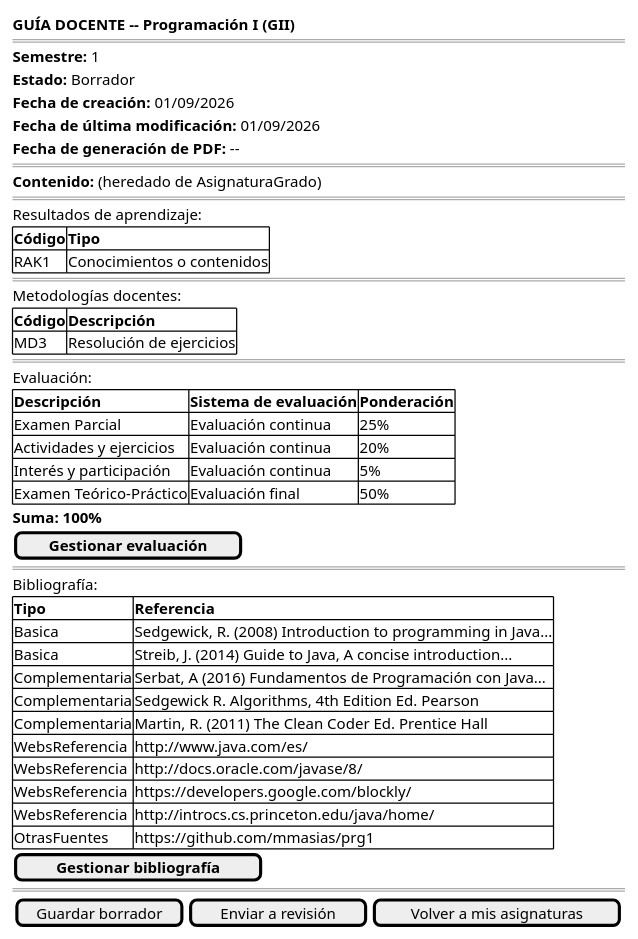
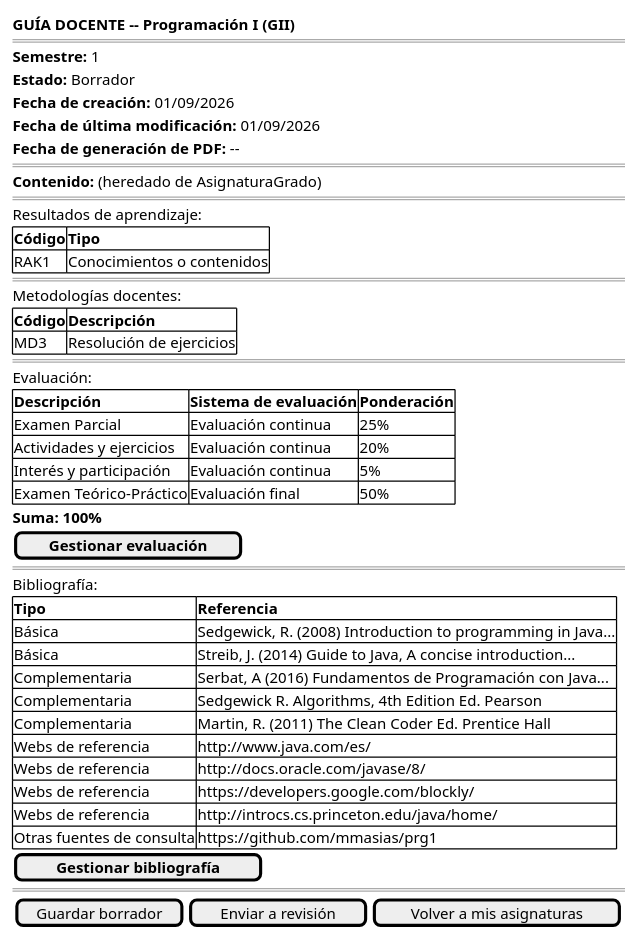
One commit to mmasias/pyCeldaPublico changed the first of 2 diagrams in RUP/01-requisitos/03-detalle-casos-uso/abrirGuia/wireframes.puml. Above: the diagram before and after it, drawn with PlantUML. The commit also changed other lines of this file and 16 other files, not shown here.

```diff
--- a/RUP/01-requisitos/03-detalle-casos-uso/abrirGuia/wireframes.puml
+++ b/RUP/01-requisitos/03-detalle-casos-uso/abrirGuia/wireframes.puml
@@ -1,54 +1,54 @@
 @startsalt abrirGuia-wireframe-profesor
 {
     <b>GUÍA DOCENTE -- Programación I (GII)</b>
     ====
     <b>Semestre:</b> 1
     <b>Estado:</b> Borrador
     <b>Fecha de creación:</b> 01/09/2026
     <b>Fecha de última modificación:</b> 01/09/2026
     <b>Fecha de generación de PDF:</b> --
     ====
     <b>Contenido:</b> (heredado de AsignaturaGrado)
     ====
     Resultados de aprendizaje:
     {#
         <b>Código | <b>Tipo
         RAK1 | Conocimientos o contenidos
     }
     ====
     Metodologías docentes:
     {#
         <b>Código | <b>Descripción
         MD3 | Resolución de ejercicios
     }
     ====
     Evaluación:
     {#
         <b>Descripción | <b>Sistema de evaluación | <b>Ponderación
         Examen Parcial | Evaluación continua | 25%
         Actividades y ejercicios | Evaluación continua | 20%
         Interés y participación | Evaluación continua | 5%
         Examen Teórico-Práctico | Evaluación final | 50%
     }
     <b>Suma: 100%</b>
     [ <b>Gestionar evaluación</b> ]
     ====
     Bibliografía:
     {#
         <b>Tipo | <b>Referencia
-        Basica | Sedgewick, R. (2008) Introduction to programming in Java...
-        Basica | Streib, J. (2014) Guide to Java, A concise introduction...
+        Básica | Sedgewick, R. (2008) Introduction to programming in Java...
+        Básica | Streib, J. (2014) Guide to Java, A concise introduction...
         Complementaria | Serbat, A (2016) Fundamentos de Programación con Java...
         Complementaria | Sedgewick R. Algorithms, 4th Edition Ed. Pearson
         Complementaria | Martin, R. (2011) The Clean Coder Ed. Prentice Hall
-        WebsReferencia | http://www.java.com/es/
-        WebsReferencia | http://docs.oracle.com/javase/8/
-        WebsReferencia | https://developers.google.com/blockly/
-        WebsReferencia | http://introcs.cs.princeton.edu/java/home/
-        OtrasFuentes | https://github.com/mmasias/prg1
+        Webs de referencia | http://www.java.com/es/
+        Webs de referencia | http://docs.oracle.com/javase/8/
+        Webs de referencia | https://developers.google.com/blockly/
+        Webs de referencia | http://introcs.cs.princeton.edu/java/home/
+        Otras fuentes de consulta | https://github.com/mmasias/prg1
     }
     [ <b>Gestionar bibliografía</b> ]
     ====
     {[Guardar borrador] | [Enviar a revisión] | [Volver a mis asignaturas]}
 }
 @endsalt
```
